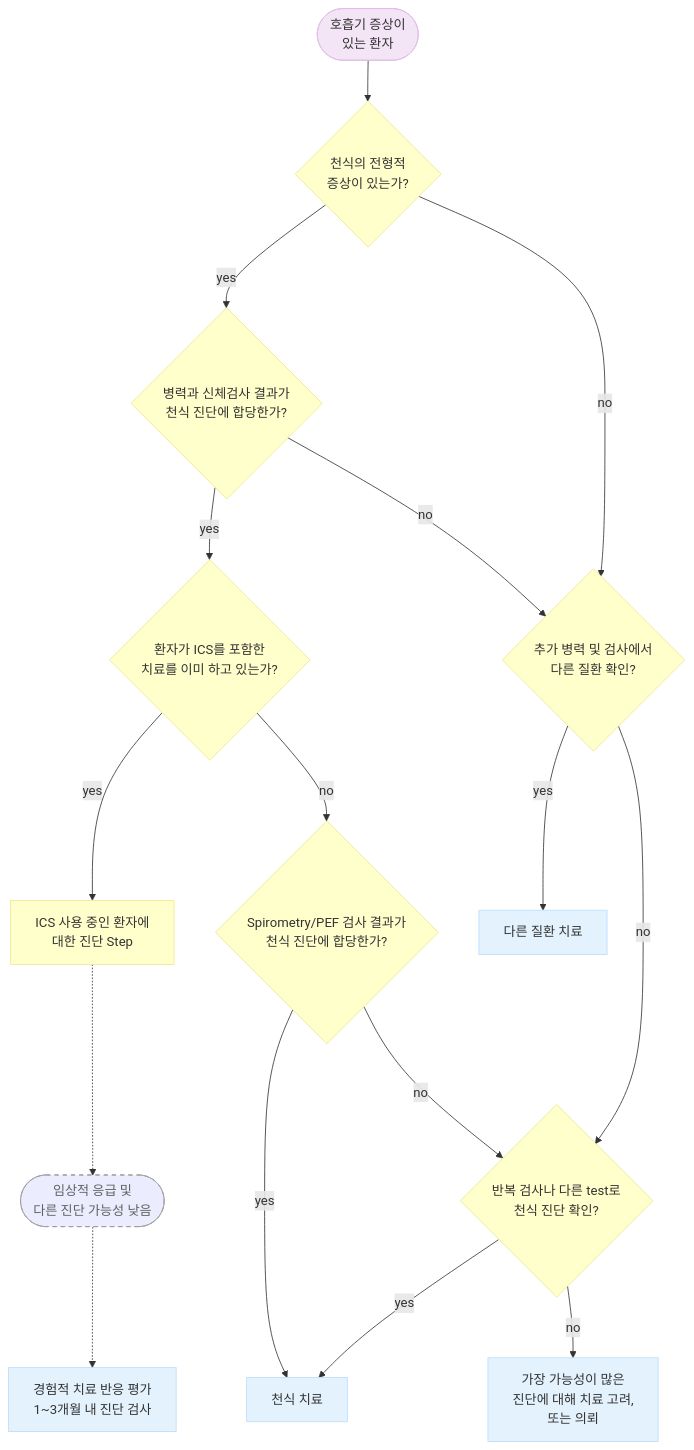
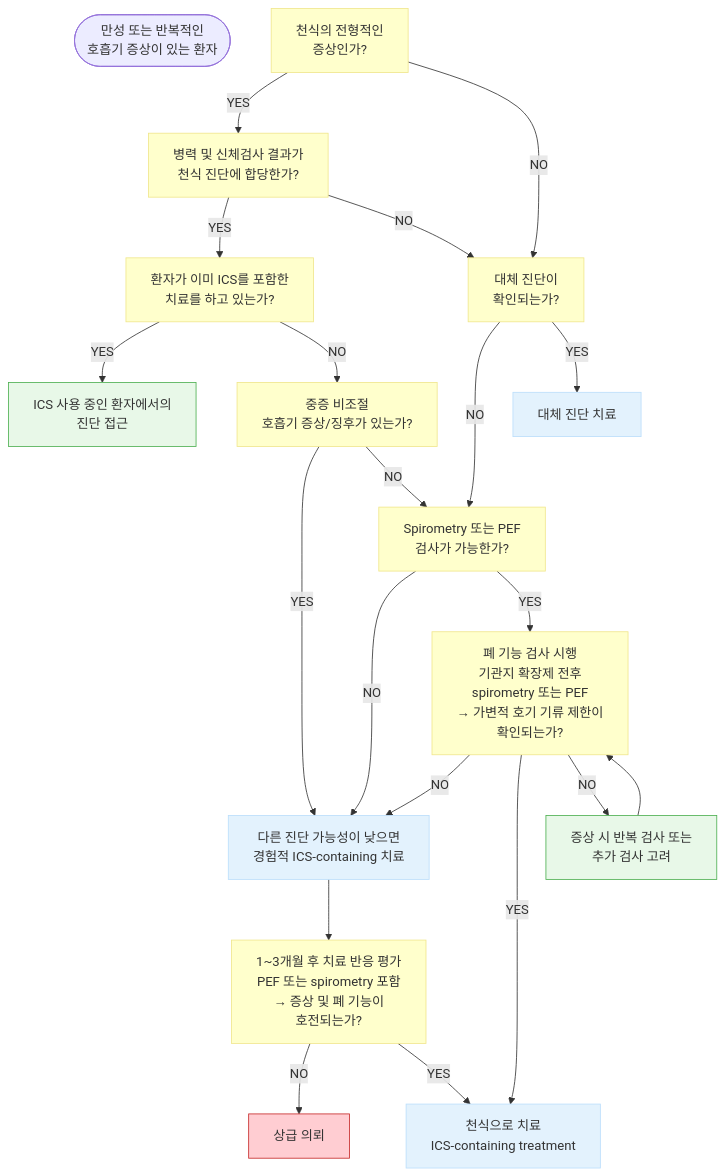
One commit to familyoh77/familyoh77 changed the first of 3 diagrams in 223_/071_-asthma.md. Above: the diagram before and after it, drawn with Mermaid. The commit also changed other lines of this file and 1 other file, not shown here.

````diff
--- a/223_/071_-asthma.md
+++ b/223_/071_-asthma.md
@@ -210,38 +217,49 @@
 ```mermaid
 graph TD
-    classDef yellow fill:#ffffcc,stroke:#f0e68c,stroke-width:1px
+    classDef yellow fill:#ffffcc,stroke:#f0e68c
     classDef purple fill:#f3e5f5,stroke:#e1bee7,stroke-width:1px
     classDef blue fill:#e3f2fd,stroke:#bbdefb,stroke-width:1px
-    classDef grey stroke:#9e9e9e,stroke-width:1px,stroke-dasharray: 5 5,color:#616161
-    classDef plain fill:none,stroke:none
+    classDef lightGreen fill:#e8f8e8,stroke:#4caf50
+    classDef L_red fill:#ffcdd2,stroke:#c62828,stroke-width:1px
+    Start([만성 또는 반복적인<br/>호흡기 증상이 있는 환자])
+    Q1[천식의 전형적인<br/>증상인가?]:::yellow
+    Q2[병력 및 신체검사 결과가<br/>천식 진단에 합당한가?]:::yellow
+    Q3[환자가 이미 ICS를 포함한<br/>치료를 하고 있는가?]:::yellow
+    Q4[중증 비조절<br/>호흡기 증상/징후가 있는가?]:::yellow
+    Q5[Spirometry 또는 PEF<br/>검사가 가능한가?]:::yellow
+    Q6[폐 기능 검사 시행<br/>기관지 확장제 전후<br/>spirometry 또는 PEF
+    → 가변적 호기 기류 제한이<br/>확인되는가?]:::yellow
+    Q7[대체 진단이<br/>확인되는가?]:::yellow
+    Q8[1~3개월 후 치료 반응 평가<br/>PEF 또는 spirometry 포함
+    → 증상 및 폐 기능이<br/>호전되는가?]:::yellow
+    
+    Step1[ICS 사용 중인 환자에서의<br/>진단 접근]:::lightGreen
+    Empirical[다른 진단 가능성이 낮으면<br/>경험적 ICS-containing 치료]:::blue
+    Repeat[증상 시 반복 검사 또는<br/>추가 검사 고려]:::lightGreen
+    ResultAsthma[천식으로 치료<br/>ICS-containing treatment]:::blue
+    ResultAlt[대체 진단 치료]:::blue
+    Refer[상급 의뢰]:::L_red
+    
+    Start 
+    Q1 -- "YES" --> Q2
+    Q1 -- "NO" --> Q7
+    Q2 -- "YES" --> Q3
+    Q2 -- "NO" --> Q7
+    Q7 -- "NO" --> Q5
+    Q7 -- "YES" --> ResultAlt
+    Q3 -- "YES" --> Step1
+    Q3 -- "NO" --> Q4
+    Q4 -- "YES" --> Empirical
+    Q4 -- "NO" --> Q5
+    Q5 -- "NO" --> Empirical
+    Q5 -- "YES" --> Q6
+    Q6 -- "NO" --> Empirical
+    Q6 -- "YES" --> ResultAsthma
+    Q6 -- "NO" --> Repeat
+    Repeat --> Q6
+    Empirical --> Q8
+    Q8 -- "NO" --> Refer
+    Q8 -- "YES" --> ResultAsthma
 
-    Start([호흡기 증상이<br>있는 환자]):::purple
-    Q1{천식의 전형적<br>증상이 있는가?}:::yellow
-    Q2{병력과 신체검사 결과가<br>천식 진단에 합당한가?}:::yellow
-    Q3{추가 병력 및 검사에서<br>다른 질환 확인?}:::yellow
-    Q4{환자가 ICS를 포함한<br>치료를 이미 하고 있는가?}:::yellow
-    Q5{Spirometry/PEF 검사 결과가<br>천식 진단에 합당한가?}:::yellow
-    Q6{반복 검사나 다른 test로<br>천식 진단 확인?}:::yellow
-    Step1[ICS 사용 중인 환자에<br>대한 진단 Step]:::yellow
-    Note1([임상적 응급 및<br>다른 진단 가능성 낮음]):::grey
-    Result1[경험적 치료 반응 평가<br>1~3개월 내 진단 검사]:::blue
-    Result2[천식 치료]:::blue
-    Result3[가장 가능성이 많은<br>진단에 대해 치료 고려,<br>또는 의뢰]:::blue
-    Result4[다른 질환 치료]:::blue
 
-    Start --> Q1
-    Q1 -- "yes" --> Q2
-    Q1 -- "no" --> Q3
-    Q2 -- "yes" --> Q4
-    Q2 -- "no" --> Q3
-    Q3 -- "yes" --> Result4
-    Q3 -- "no" --> Q6
-    Q4 -- "yes" --> Step1
-    Q4 -- "no" --> Q5
-    Q5 -- "yes" --> Result2
-    Q5 -- "no" --> Q6
-    Q6 -- "yes" --> Result2
-    Q6 -- "no" --> Result3
-    Step1 -.-> Note1
-    Note1 -.-> Result1
 ```
````
